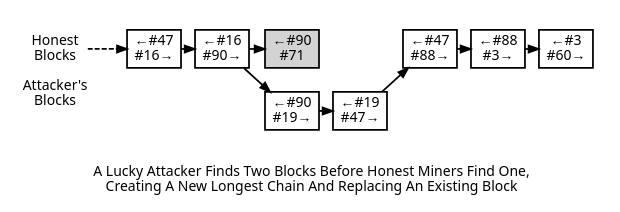
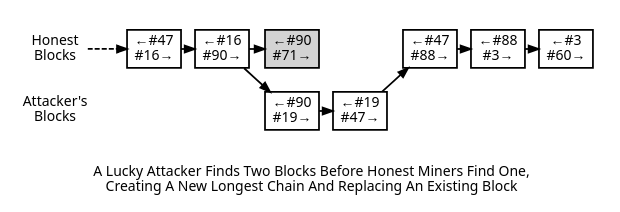
Before and after one commit to rsogllc/GNT: the diagram in img/mining/en-forked-chain-attack.dot, drawn with Graphviz. The commit also changed 8 other files, not shown here.

```diff
--- a/img/mining/en-forked-chain-attack.dot
+++ b/img/mining/en-forked-chain-attack.dot
@@ -1,65 +1,49 @@
 digraph {
 
 size=6.25;
 rankdir=LR
 //splines = ortho;
 ranksep = 0.2;
 nodesep = 0.1;
 
 edge [ penwidth = 1.75, fontname="Sans" ]
 node [ penwidth = 1.75, shape = "box", fontname="Sans", label = "", width=0.3, height=0.3 ]
 graph [ penwidth = 1.75, fontname="Sans" ]
 
-//ticket [ label = "Tickets With\nSigned Promises\n& Other Data", shape = "none" ]
-//hash [ label =    "Random Hash Number;\nMust Be Below Target\nNumber To Win", shape = "none" ]
-
-//hash0001 [ label = "#", fontsize = 18, shape = "none" ]
-//hash0002 [ label = "#", fontsize = 18, shape = "none" ]
-//hash0003 [ label = "#", fontsize = 18, shape = "none" ]
-//hash0730 [ label = "#", fontsize = 18, shape = "none" ]
-//hash0731 [ label = "#", fontsize = 18, shape = "none" ]
-//hash0732 [ label = "#", fontsize = 18, shape = "none" ]
-//hash0733 [ label = "#", fontsize = 18, shape = "none" ]
-//hash0734 [ label = "#", fontsize = 18, shape = "none" ]
-//hash0735 [ label = "#", fontsize = 18, shape = "none" ]
-//hash0736 [ label = "#", fontsize = 18, shape = "none" ]
-//hash0737 [ label = "#", fontsize = 18, shape = "none" ]
-//hash0738 [ label = "#", fontsize = 18, shape = "none" ]
-
-invis1 [ shape = "none", label = "Attacker's\nBlocks" ]
+invis1 [ shape = "none", label = " \nAttacker's\nBlocks" ]
 invis0 [ shape = "none", label = "Honest\nBlocks" ];
 
 subgraph cluster_honest {
 block0 [ label = "←#47\n#16→" ];
 block1 [ label = "←#16\n#90→" ];
-block2_1 [ label = "←#90\n#71", style = "filled" ];
+block2_1 [ label = "←#90\n#71→", style = "filled" ];
 
 block2_1 -> block4 [ style = "invis", minlen = 2 ];
 
 block4 [ label = "←#47\n#88→" ];
 block5 [ label = "←#88\n#3→" ];
 block6 [ label = "←#3\n#60→" ];
 
 style = "invis";
 }
 
 
 subgraph cluster_attack {
 block2 [ label = "←#90\n#19→" ];
 block3 [ label = "←#19\n#47→" ];
 
 style = "invis"
 }
 
 
 
 invis0 -> block0 [ minlen = 2, style = "dashed" ];
 
 block0 -> block1 -> block2 -> block3 -> block4 -> block5 -> block6;
 
 block1 -> block2_1
 
 
 
 label = " \nA Lucky Attacker Finds Two Blocks Before Honest Miners Find One,\nCreating A New Longest Chain And Replacing An Existing Block"
 }
```
